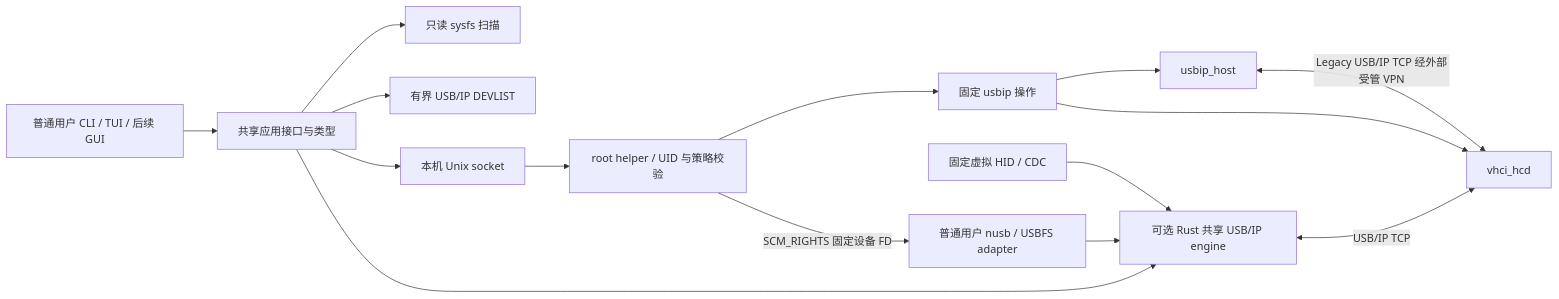
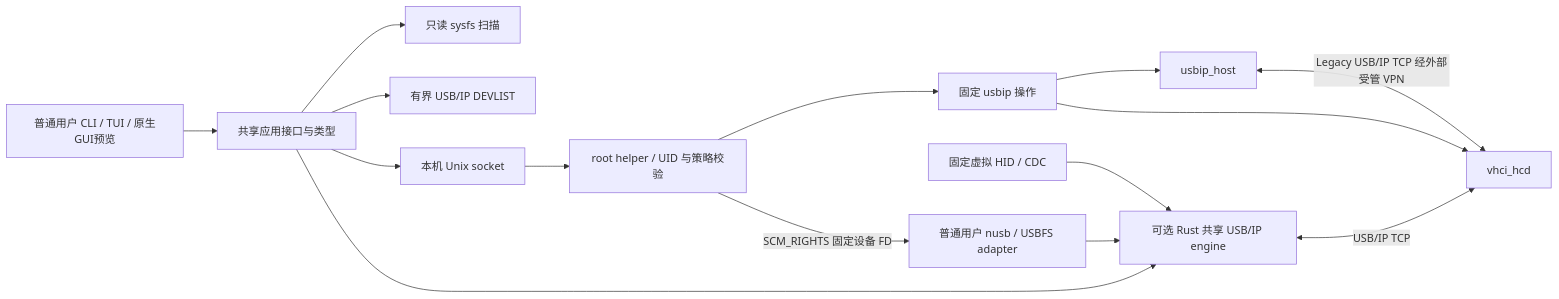
Before and after one commit to tiansongyu/usbip-client: the diagram in docs/architecture.md, drawn with Mermaid. The commit also changed other lines of this file and 52 other files, not shown here.

````diff
--- a/docs/architecture.md
+++ b/docs/architecture.md
@@ -9,17 +9,17 @@
 ```mermaid
 flowchart LR
-  CLI[普通用户 CLI / TUI / 后续 GUI] --> Core[共享应用接口与类型]
+  CLI[普通用户 CLI / TUI / 原生GUI预览] --> Core[共享应用接口与类型]
   Core --> Scan[只读 sysfs 扫描]
   Core --> List[有界 USB/IP DEVLIST]
   Core --> IPC[本机 Unix socket]
   IPC --> Helper[root helper / UID 与策略校验]
   Helper --> Native[固定 usbip 操作]
   Native --> Host[usbip_host]
   Native --> VHCI[vhci_hcd]
   Host <-->|Legacy USB/IP TCP 经外部受管 VPN| VHCI
   Core --> Rust[可选 Rust 共享 USB/IP engine]
   Rust <-->|USB/IP TCP| VHCI
   Virtual[固定虚拟 HID / CDC] --> Rust
   Helper -->|SCM_RIGHTS 固定设备 FD| Physical[普通用户 nusb / USBFS adapter]
   Physical --> Rust
 ```
````
